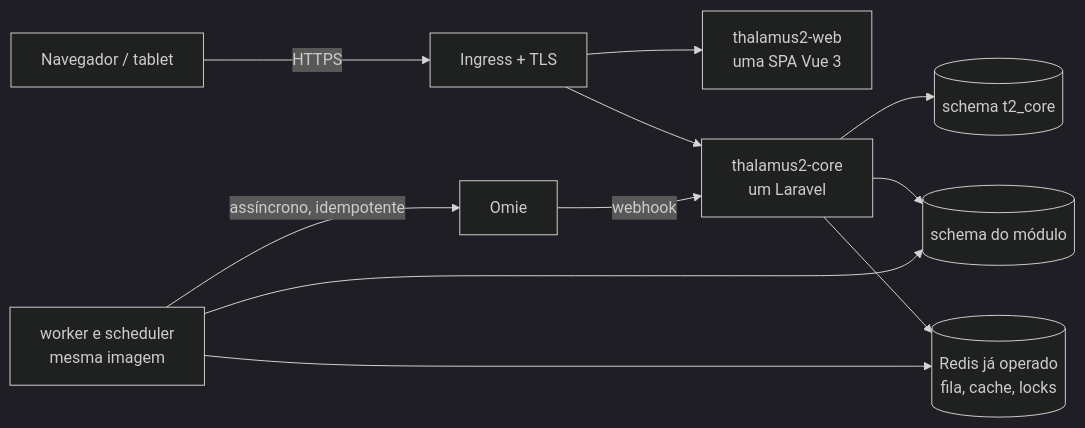
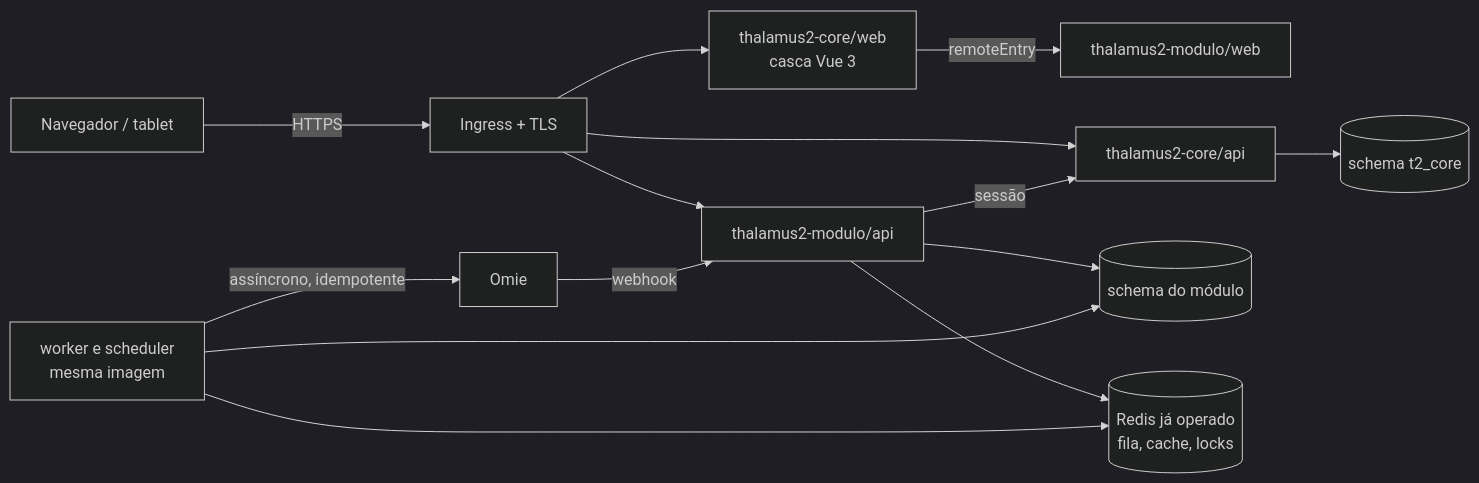
The diagram in docs/infraestrutura-deploy.md (Zontec-Software/thalamus-2.0), drawn with Mermaid (dark theme) before and after one commit. The commit also changed other lines of this file and 30 other files, not shown here.

````diff
--- a/docs/infraestrutura-deploy.md
+++ b/docs/infraestrutura-deploy.md
@@ -55,13 +57,16 @@
 ```mermaid
 flowchart LR
   U[Navegador / tablet] -->|HTTPS| ING[Ingress + TLS]
-  ING --> WEB[thalamus2-web<br/>uma SPA Vue 3]
-  ING --> API[thalamus2-core<br/>um Laravel]
-  API --> DBC[(schema t2_core)]
+  ING --> WEB[thalamus2-core/web<br/>casca Vue 3]
+  WEB -->|remoteEntry| MWEB[thalamus2-modulo/web]
+  ING --> CORE[thalamus2-core/api]
+  ING --> API[thalamus2-modulo/api]
+  API -->|sessão| CORE
+  CORE --> DBC[(schema t2_core)]
   API --> DBM[(schema do módulo)]
   API --> REDIS[(Redis já operado<br/>fila, cache, locks)]
   WK[worker e scheduler<br/>mesma imagem] --> REDIS
   WK --> DBM
   WK -->|assíncrono, idempotente| OMIE[Omie]
   OMIE -->|webhook| API
 ```
````
